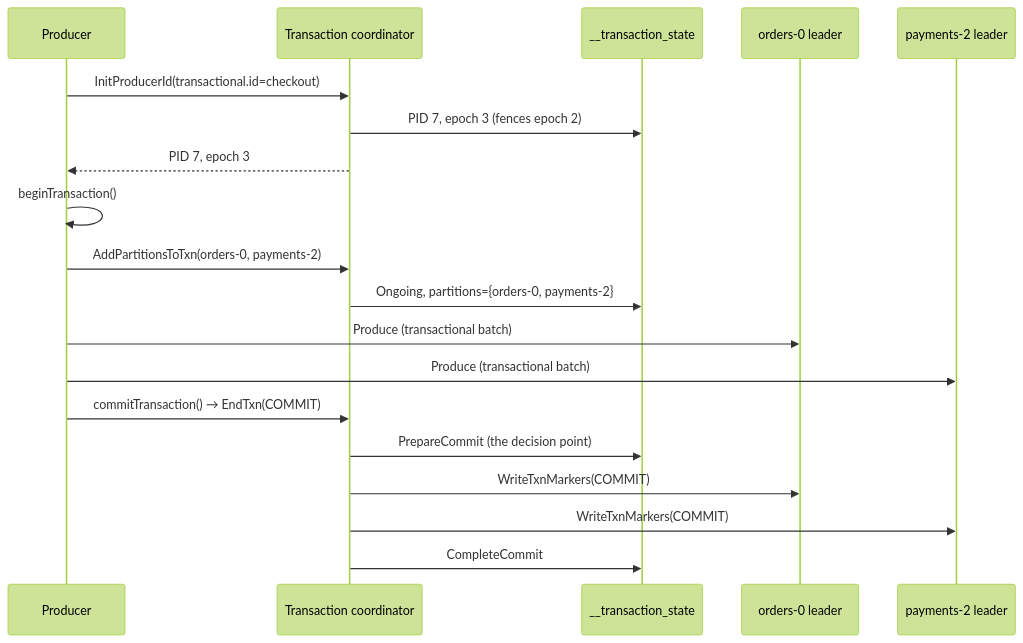
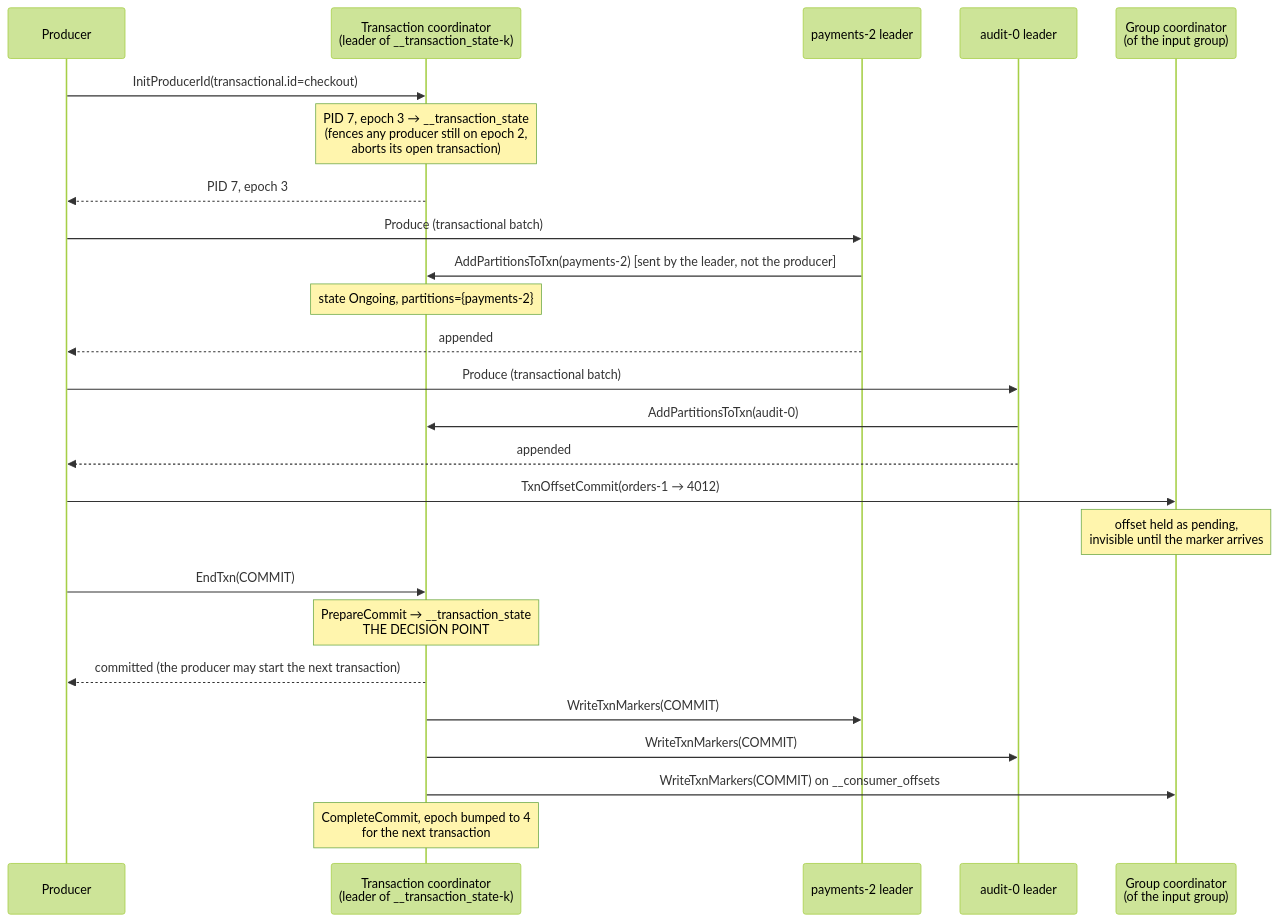
The sixth of 29 diagrams in README.md (reynaldjoabet/kafka-in-practice), drawn with Mermaid (forest theme) before and after one commit. The commit also changed other lines of this file and 2 other files, not shown here.

````diff
--- a/README.md
+++ b/README.md
@@ -320,21 +525,27 @@
 ```mermaid
 sequenceDiagram
     participant P as Producer
-    participant TC as Transaction coordinator
-    participant TS as __transaction_state
-    participant A as orders-0 leader
-    participant B as payments-2 leader
+    participant TC as Transaction coordinator<br/>(leader of __transaction_state-k)
+    participant A as payments-2 leader
+    participant B as audit-0 leader
+    participant G as Group coordinator<br/>(of the input group)
     P->>TC: InitProducerId(transactional.id=checkout)
-    TC->>TS: PID 7, epoch 3 (fences epoch 2)
+    Note over TC: PID 7, epoch 3 → __transaction_state<br/>(fences any producer still on epoch 2,<br/>aborts its open transaction)
     TC-->>P: PID 7, epoch 3
-    P->>P: beginTransaction()
-    P->>TC: AddPartitionsToTxn(orders-0, payments-2)
-    TC->>TS: Ongoing, partitions={orders-0, payments-2}
     P->>A: Produce (transactional batch)
+    A->>TC: AddPartitionsToTxn(payments-2)  [sent by the leader, not the producer]
+    Note over TC: state Ongoing, partitions={payments-2}
+    A-->>P: appended
     P->>B: Produce (transactional batch)
-    P->>TC: commitTransaction() → EndTxn(COMMIT)
-    TC->>TS: PrepareCommit (the decision point)
+    B->>TC: AddPartitionsToTxn(audit-0)
+    B-->>P: appended
+    P->>G: TxnOffsetCommit(orders-1 → 4012)
+    Note over G: offset held as pending,<br/>invisible until the marker arrives
+    P->>TC: EndTxn(COMMIT)
+    Note over TC: PrepareCommit → __transaction_state<br/>THE DECISION POINT
+    TC-->>P: committed (the producer may start the next transaction)
     TC->>A: WriteTxnMarkers(COMMIT)
     TC->>B: WriteTxnMarkers(COMMIT)
-    TC->>TS: CompleteCommit
+    TC->>G: WriteTxnMarkers(COMMIT) on __consumer_offsets
+    Note over TC: CompleteCommit, epoch bumped to 4<br/>for the next transaction
 ```
````
